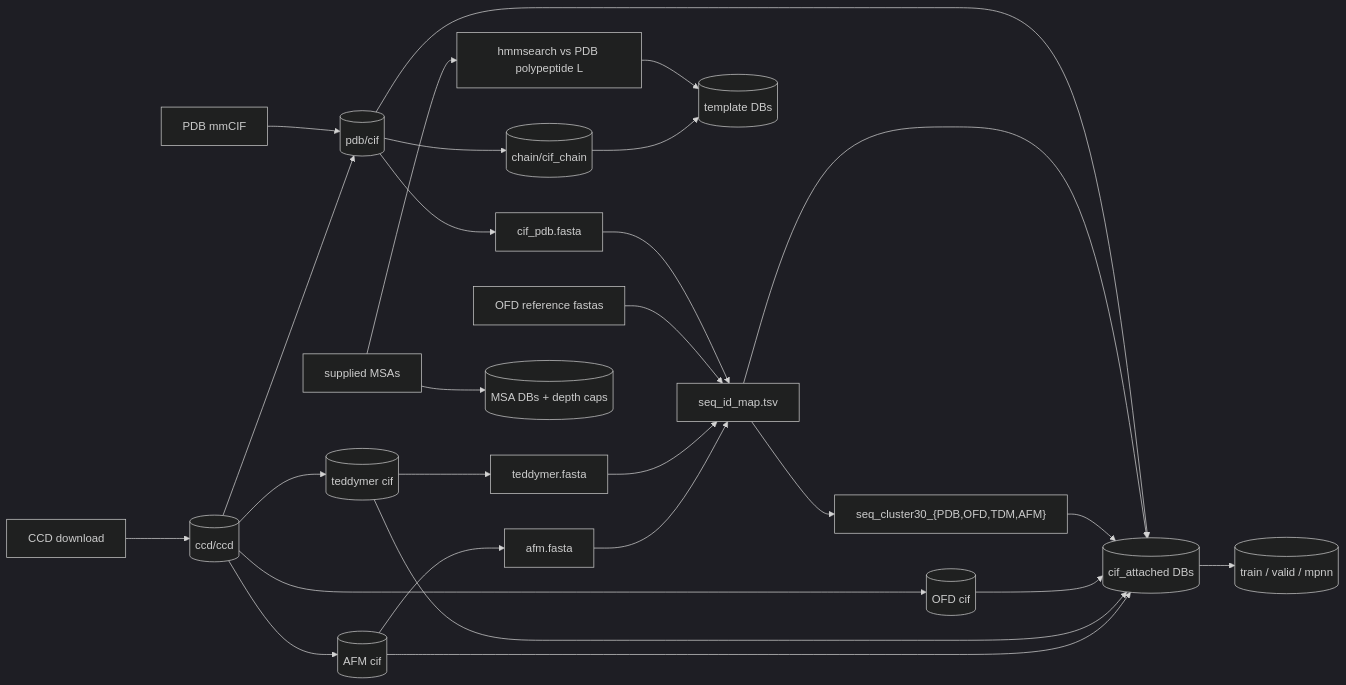
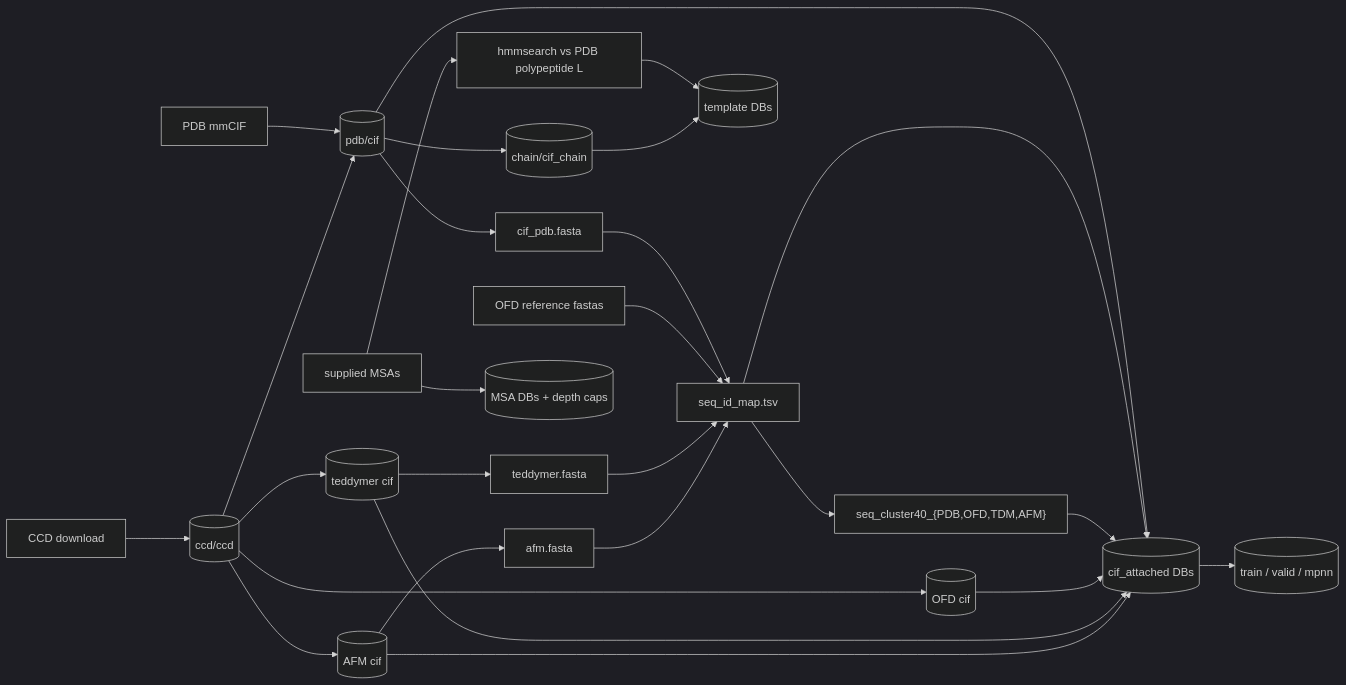
One commit to SanggeunParrk/StructCooker changed the diagram in docs/stages.md. Above: the diagram before and after it, drawn with Mermaid (dark theme). The commit also changed other lines of this file and 32 other files, not shown here.

Commit message:
feat: every sequence clustering at 40% (cPDB_/cOFD_/cAFM_/cTDM_ ids kept); 30% tables removed

````diff
--- a/docs/stages.md
+++ b/docs/stages.md
@@ -43,20 +43,20 @@
 ```mermaid
 flowchart LR
     ccdraw[CCD download] --> ccd[(ccd/ccd)]
     mmcif[PDB mmCIF] --> cif[(pdb/cif)]
     ccd --> cif & ofdcif & tdmcif & afmcif
     cif --> fasta[cif_pdb.fasta] --> sid[seq_id_map.tsv]
     ofdfa[OFD reference fastas] --> sid
     tdmcif --> tdmfa[teddymer.fasta] --> sid
     afmcif --> afmfa[afm.fasta] --> sid
-    sid --> clu["seq_cluster30_{PDB,OFD,TDM,AFM}"]
+    sid --> clu["seq_cluster40_{PDB,OFD,TDM,AFM}"]
     cif & sid & clu --> att[(cif_attached DBs)]
     att --> trainvalid[(train / valid / mpnn)]
     cif --> chain[(chain/cif_chain)]
     msa[supplied MSAs] --> msadb[(MSA DBs + depth caps)]
     msa --> hmm[hmmsearch vs PDB polypeptide L] --> tmpl[(template DBs)]
     chain --> tmpl
     ofdcif[(OFD cif)] --> att
     tdmcif[(teddymer cif)] --> att
     afmcif[(AFM cif)] --> att
 ```
````
